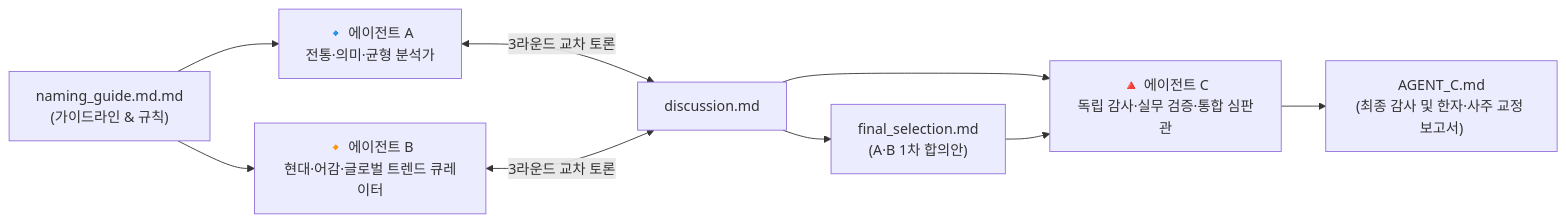
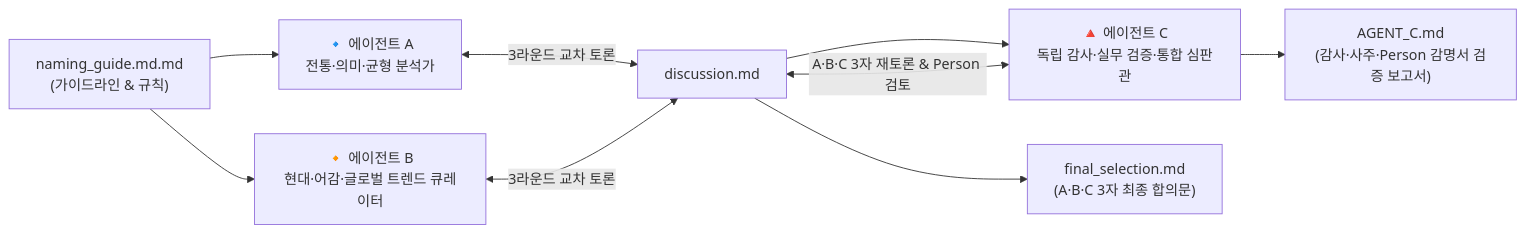
One commit to Web3Hippo/naming changed the diagram in README.md. Above: the diagram before and after it, drawn with Mermaid. The commit also changed other lines of this file and 8 other files, not shown here.

Commit message:
Finalize A-B-C 3-way consensus in final_selection.md and discussion.md

````diff
--- a/README.md
+++ b/README.md
@@ -20,11 +22,11 @@
 ```mermaid
 flowchart LR
     G["naming_guide.md.md<br/>(가이드라인 & 규칙)"] --> A["🔹 에이전트 A<br/>전통·의미·균형 분석가"]
     G --> B["🔸 에이전트 B<br/>현대·어감·글로벌 트렌드 큐레이터"]
     A <-->|"3라운드 교차 토론"| D["discussion.md"]
     B <-->|"3라운드 교차 토론"| D
-    D --> F["final_selection.md<br/>(A·B 1차 합의안)"]
     D --> C["🔺 에이전트 C<br/>독립 감사·실무 검증·통합 심판관"]
-    F --> C
-    C --> R["AGENT_C.md<br/>(최종 감사 및 한자·사주 교정 보고서)"]
+    C --> R["AGENT_C.md<br/>(감사·사주·Person 감명서 검증 보고서)"]
+    C <-->|"A·B·C 3자 재토론 & Person 검토"| D
+    D --> F["final_selection.md<br/>(A·B·C 3자 최종 합의문)"]
 ```
````
